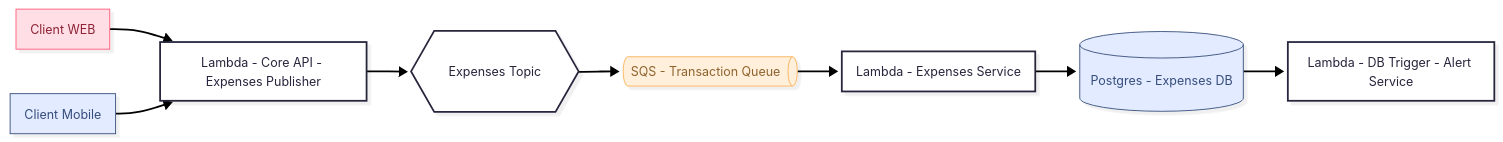
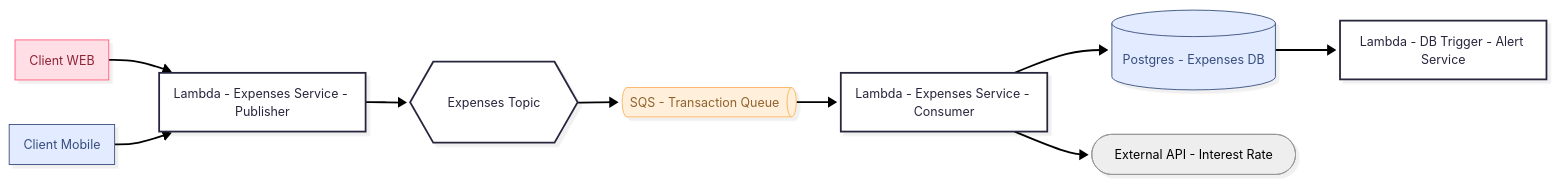
The second of 3 diagrams in README.md (dasilvaoscar/concurrency-simulator), drawn with Mermaid before and after one commit. The commit also changed other lines of this file, not shown here.

````diff
--- a/README.md
+++ b/README.md
@@ -38,32 +38,34 @@
 ```mermaid
 ---
 config:
   theme: redux
   layout: dagre
   look: neo
 ---
 flowchart LR
-    n14["Client WEB"] --> n1["Lambda - Core API - Expenses Publisher"]
+    n14["Client WEB"] --> n1["Lambda - Expenses Service - Publisher"]
     n21["Client Mobile"] --> n1
     n1 --> n3@{ label: "Expenses<span style=\"color:\"> Topic</span>" }
     n3 --> n6["SQS - Transaction Queue"]
-    n6 --> n22["Lambda - Expenses Service"]
-    n22 --> n18["Postgres - Expenses DB"]
+    n6 --> n22["Lambda - Expenses Service - Consumer"]
+    n22 --> n18["Postgres - Expenses DB"] & n24(["External API - Interest Rate"])
     n18 --> n23["Lambda - DB Trigger - Alert Service"]
 
     n14@{ shape: rect}
     n1@{ shape: rect}
     n21@{ shape: rect}
     n3@{ shape: hex}
     n6@{ shape: h-cyl}
     n22@{ shape: rect}
     n18@{ shape: cyl}
     n23@{ shape: rect}
      n14:::Rose
      n21:::Sky
      n6:::Peach
      n18:::Sky
+     n24:::Ash
     classDef Rose stroke-width:1px, stroke-dasharray:none, stroke:#FF5978, fill:#FFDFE5, color:#8E2236
     classDef Peach stroke-width:1px, stroke-dasharray:none, stroke:#FBB35A, fill:#FFEFDB, color:#8F632D
     classDef Sky stroke-width:1px, stroke-dasharray:none, stroke:#374D7C, fill:#E2EBFF, color:#374D7C
+    classDef Ash stroke-width:1px, stroke-dasharray:none, stroke:#999999, fill:#EEEEEE, color:#000000
 ```
````
